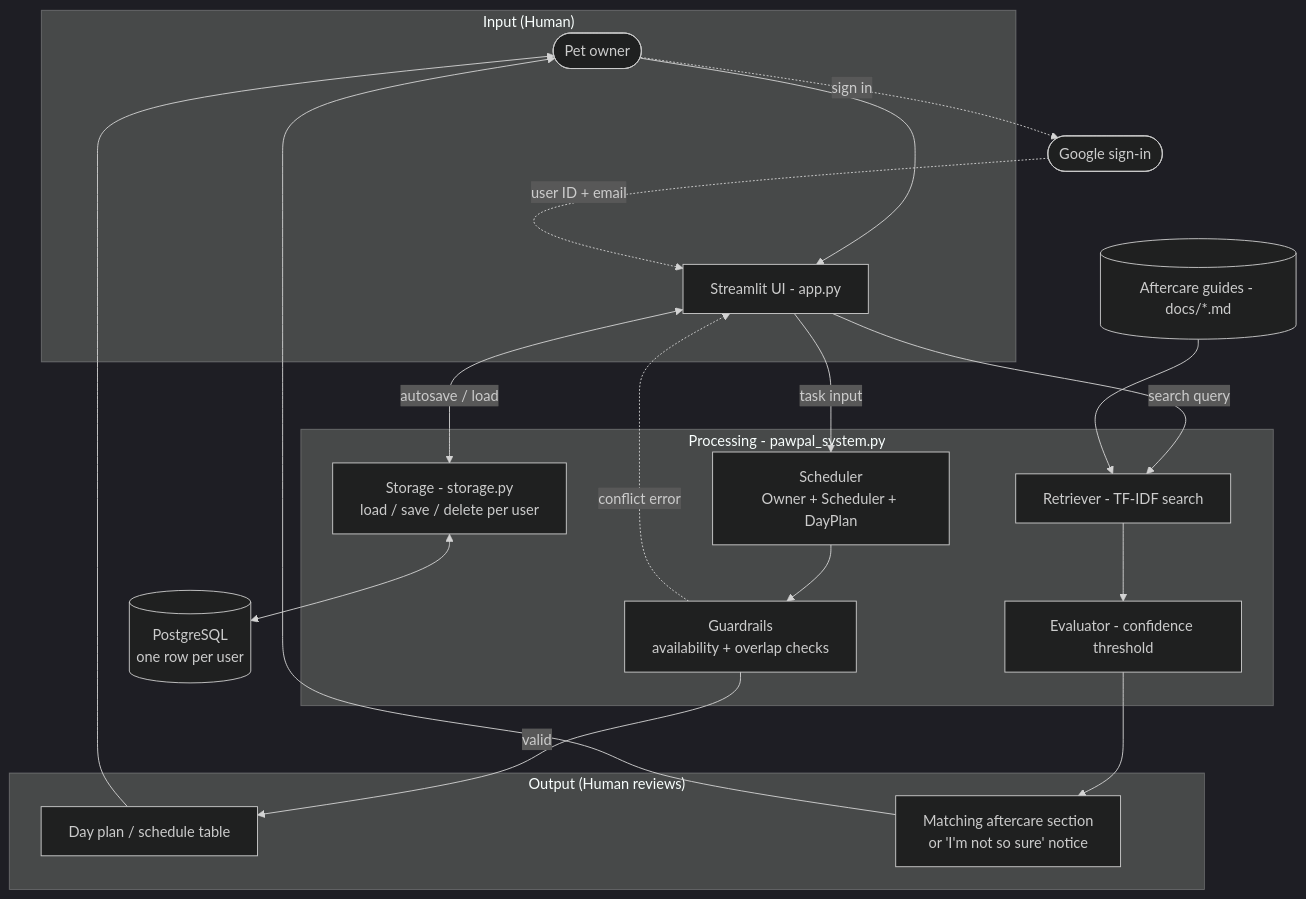
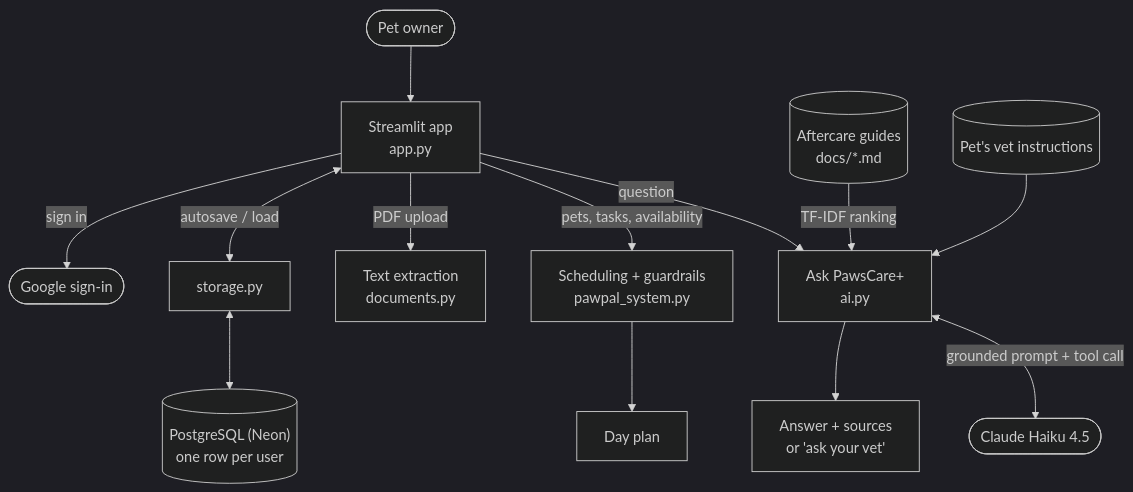
The diagram in README.md (okayadaa/PawsCare), drawn with Mermaid (dark theme) before and after one commit. The commit also changed other lines of this file, not shown here.

````diff
--- a/README.md
+++ b/README.md
@@ -65,40 +50,15 @@
 ```mermaid
 flowchart TB
-    subgraph INPUT["Input (Human)"]
-        User(["Pet owner"])
-        UI["Streamlit UI - app.py"]
-    end
-
-    subgraph CORE["Processing - pawpal_system.py"]
-        Agent["Scheduler<br/>Owner + Scheduler + DayPlan"]
-        Guard["Guardrails<br/>availability + overlap checks"]
-        Retriever["Retriever - TF-IDF search"]
-        Evaluator["Evaluator - confidence threshold"]
-        Store["Storage - storage.py<br/>load / save / delete per user"]
-    end
-
-    Docs[("Aftercare guides - docs/*.md")]
-    DB[("PostgreSQL<br/>one row per user")]
-    Google(["Google sign-in"])
-
-    subgraph OUTPUT["Output (Human reviews)"]
-        Plan["Day plan / schedule table"]
-        Answer["Matching aftercare section<br/>or 'I'm not so sure' notice"]
-    end
-
-    User --> UI
-    UI -->|task input| Agent
-    Agent --> Guard
-    Guard -->|valid| Plan
-    Guard -.->|conflict error| UI
-    UI -->|search query| Retriever
-    Docs --> Retriever
-    Retriever --> Evaluator
-    Evaluator --> Answer
-    User -.->|sign in| Google
-    Google -.->|user ID + email| UI
-    UI <-->|autosave / load| Store
-    Store <--> DB
-    Plan --> User
-    Answer --> User
+    User(["Pet owner"]) --> UI["Streamlit app<br/>app.py"]
+    UI -->|sign in| Google(["Google sign-in"])
+    UI -->|pets, tasks, availability| Core["Scheduling + guardrails<br/>pawpal_system.py"]
+    Core --> Plan["Day plan"]
+    UI -->|PDF upload| Docs["Text extraction<br/>documents.py"]
+    UI -->|question| AI["Ask PawsCare+<br/>ai.py"]
+    Guides[("Aftercare guides<br/>docs/*.md")] -->|TF-IDF ranking| AI
+    Notes[("Pet's vet instructions")] --> AI
+    AI <-->|grounded prompt + tool call| Claude(["Claude Haiku 4.5"])
+    AI --> Answer["Answer + sources<br/>or 'ask your vet'"]
+    UI <-->|autosave / load| Store["storage.py"]
+    Store <--> DB[("PostgreSQL (Neon)<br/>one row per user")]
 ```
````
